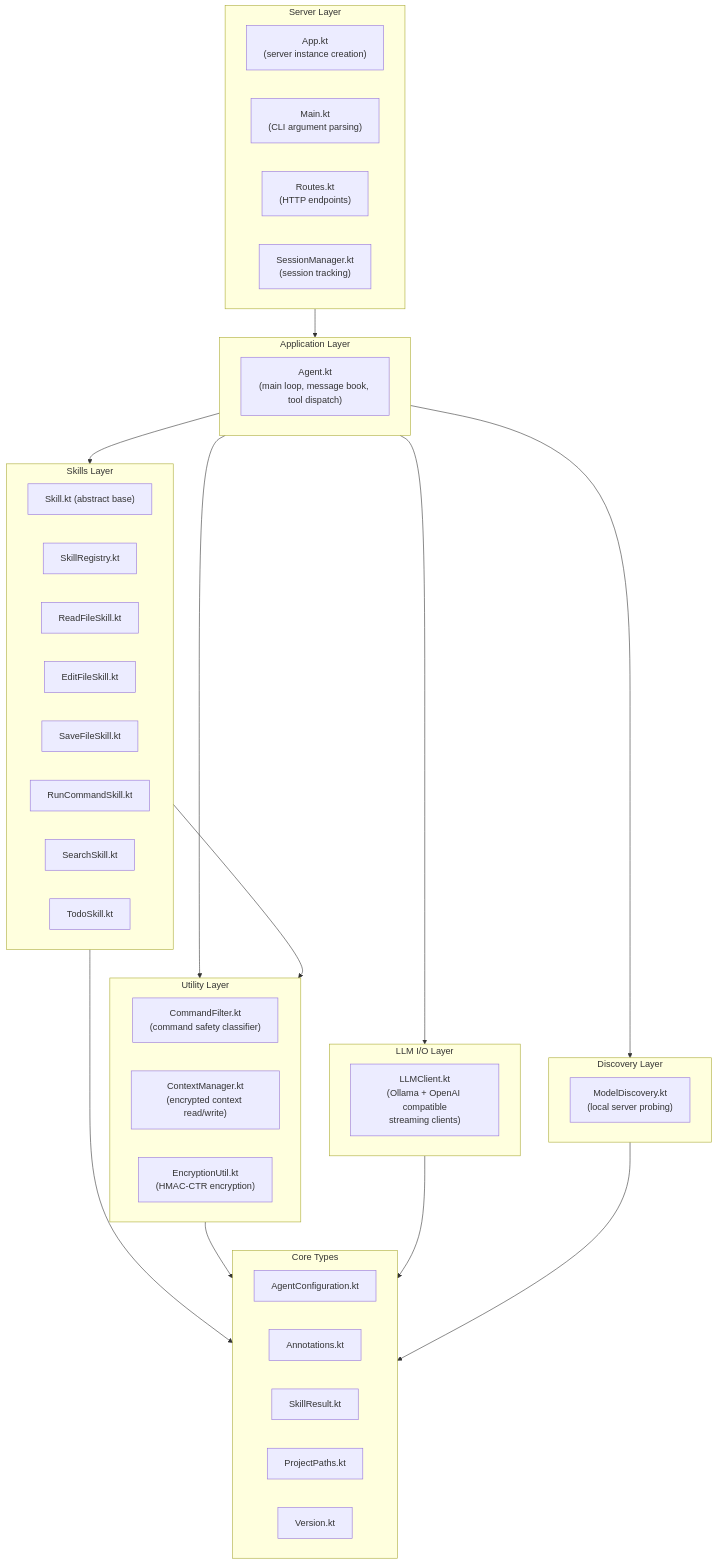
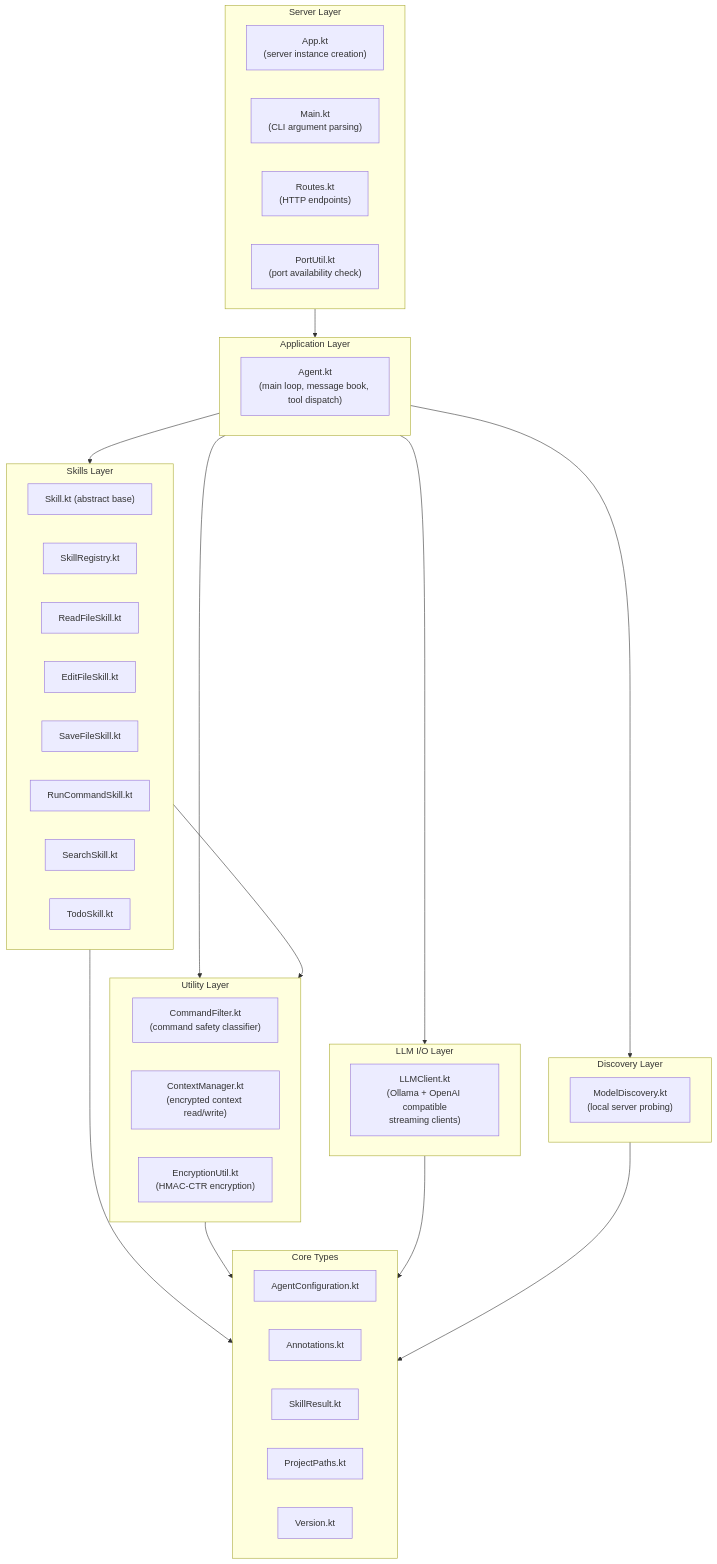
One commit to lg841226/Gradum changed the first of 26 diagrams in docs/ARCHITECTURE.md. Above: the diagram before and after it, drawn with Mermaid. The commit also changed other lines of this file and 26 other files, not shown here.

````diff
--- a/docs/ARCHITECTURE.md
+++ b/docs/ARCHITECTURE.md
@@ -80,58 +80,58 @@
 ```mermaid
 flowchart TB
     subgraph SERVER["Server Layer"]
         direction LR
         S1["App.kt<br/>(server instance creation)"]
         S2["Main.kt<br/>(CLI argument parsing)"]
         S3["Routes.kt<br/>(HTTP endpoints)"]
-        S4["SessionManager.kt<br/>(session tracking)"]
+        S4["PortUtil.kt<br/>(port availability check)"]
     end
 
     subgraph APP["Application Layer"]
         A1["Agent.kt<br/>(main loop, message book, tool dispatch)"]
     end
 
     subgraph LLM["LLM I/O Layer"]
         L1["LLMClient.kt<br/>(Ollama + OpenAI compatible<br/>streaming clients)"]
     end
 
     subgraph DISCOVERY["Discovery Layer"]
         D1["ModelDiscovery.kt<br/>(local server probing)"]
     end
 
     subgraph SKILLS["Skills Layer"]
         SK1["Skill.kt (abstract base)"]
         SK2["SkillRegistry.kt"]
         SK3["ReadFileSkill.kt"]
         SK4["EditFileSkill.kt"]
         SK5["SaveFileSkill.kt"]
         SK6["RunCommandSkill.kt"]
         SK7["SearchSkill.kt"]
         SK8["TodoSkill.kt"]
     end
 
     subgraph UTIL["Utility Layer"]
         U1["CommandFilter.kt<br/>(command safety classifier)"]
         U2["ContextManager.kt<br/>(encrypted context read/write)"]
         U3["EncryptionUtil.kt<br/>(HMAC-CTR encryption)"]
     end
 
     subgraph CORE["Core Types"]
         C1["AgentConfiguration.kt"]
         C2["Annotations.kt"]
         C3["SkillResult.kt"]
         C4["ProjectPaths.kt"]
         C5["Version.kt"]
     end
 
     SERVER --> APP
     APP --> LLM
     APP --> DISCOVERY
     APP --> SKILLS
     APP --> UTIL
     SKILLS --> UTIL
     SKILLS --> CORE
     UTIL --> CORE
     LLM --> CORE
     DISCOVERY --> CORE
 ```
````
